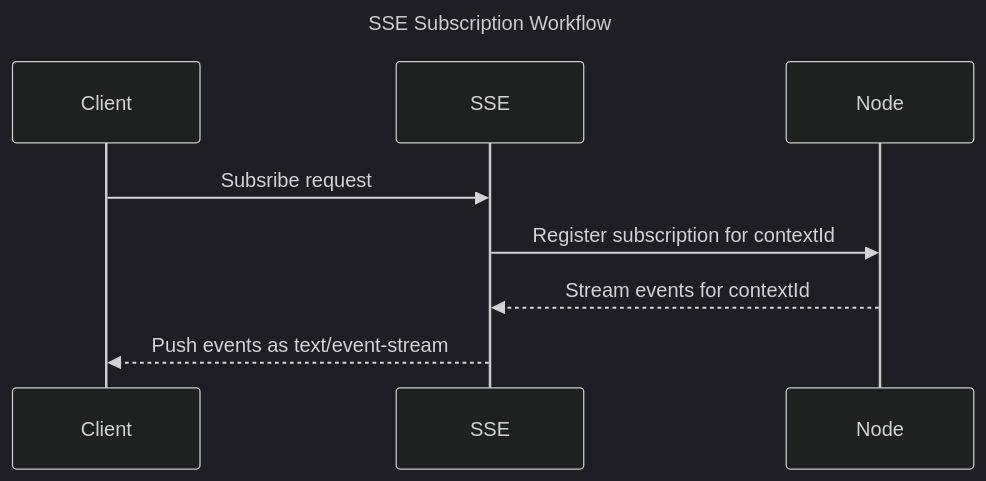
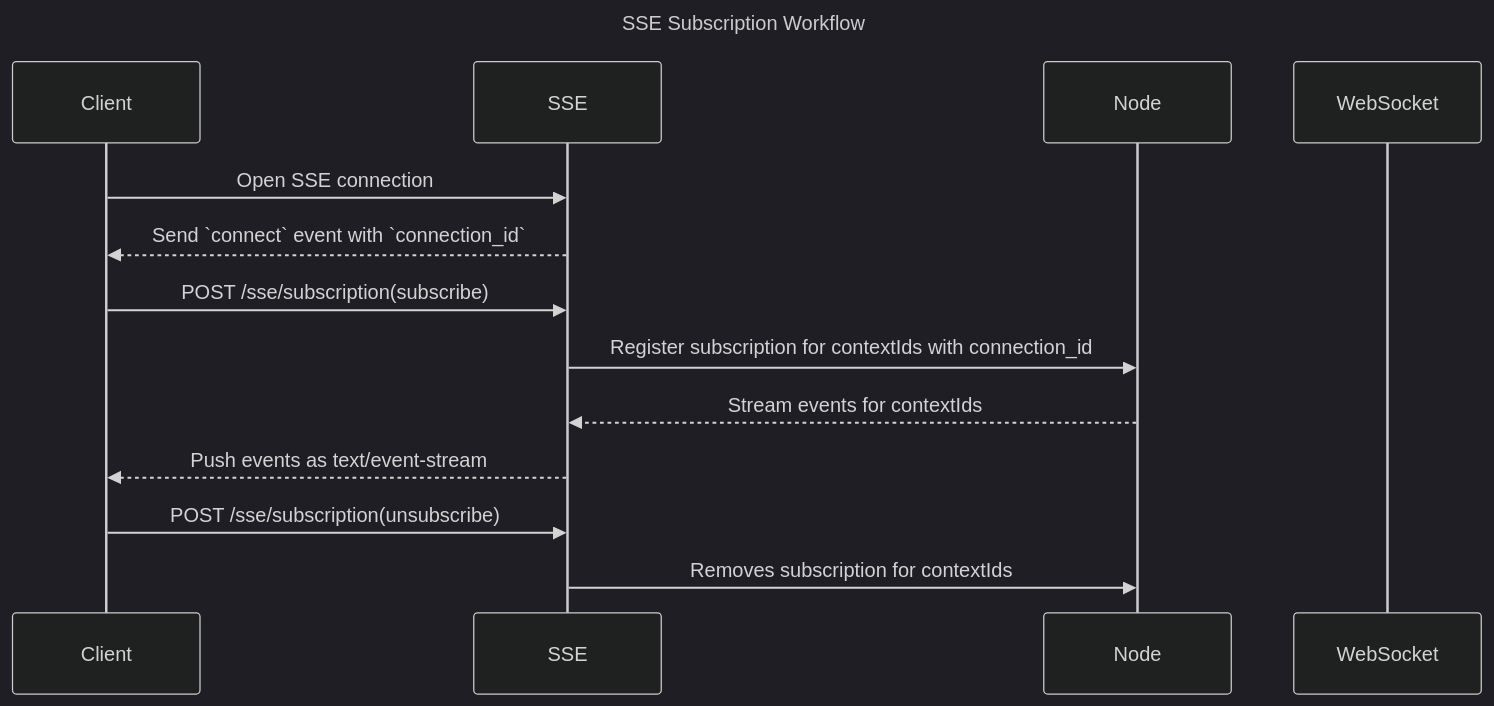
One commit to calimero-network/core changed the fourth of 4 diagrams in crates/server/README.md. Above: the diagram before and after it, drawn with Mermaid (dark theme). The commit also changed other lines of this file, not shown here.

Commit message:
update: README for SSE

````diff
--- a/crates/server/README.md
+++ b/crates/server/README.md
@@ -205,13 +212,20 @@
 ```mermaid
 sequenceDiagram
     title SSE Subscription Workflow
 
     participant Client
     participant SSE
     participant Node
+    participant WebSocket
 
-    Client->>SSE: Subsribe request 
-    SSE->>Node: Register subscription for contextId
-    Node-->>SSE: Stream events for contextId
+    Client->>SSE: Open SSE connection
+    SSE-->>Client: Send `connect` event with `connection_id`
+
+    Client->>SSE: POST /sse/subscription(subscribe) 
+    SSE->>Node: Register subscription for contextIds with connection_id
+    Node-->>SSE: Stream events for contextIds
     SSE-->>Client: Push events as text/event-stream
+
+    Client->>SSE: POST /sse/subscription(unsubscribe) 
+    SSE->>Node: Removes subscription for contextIds
 ```
````
